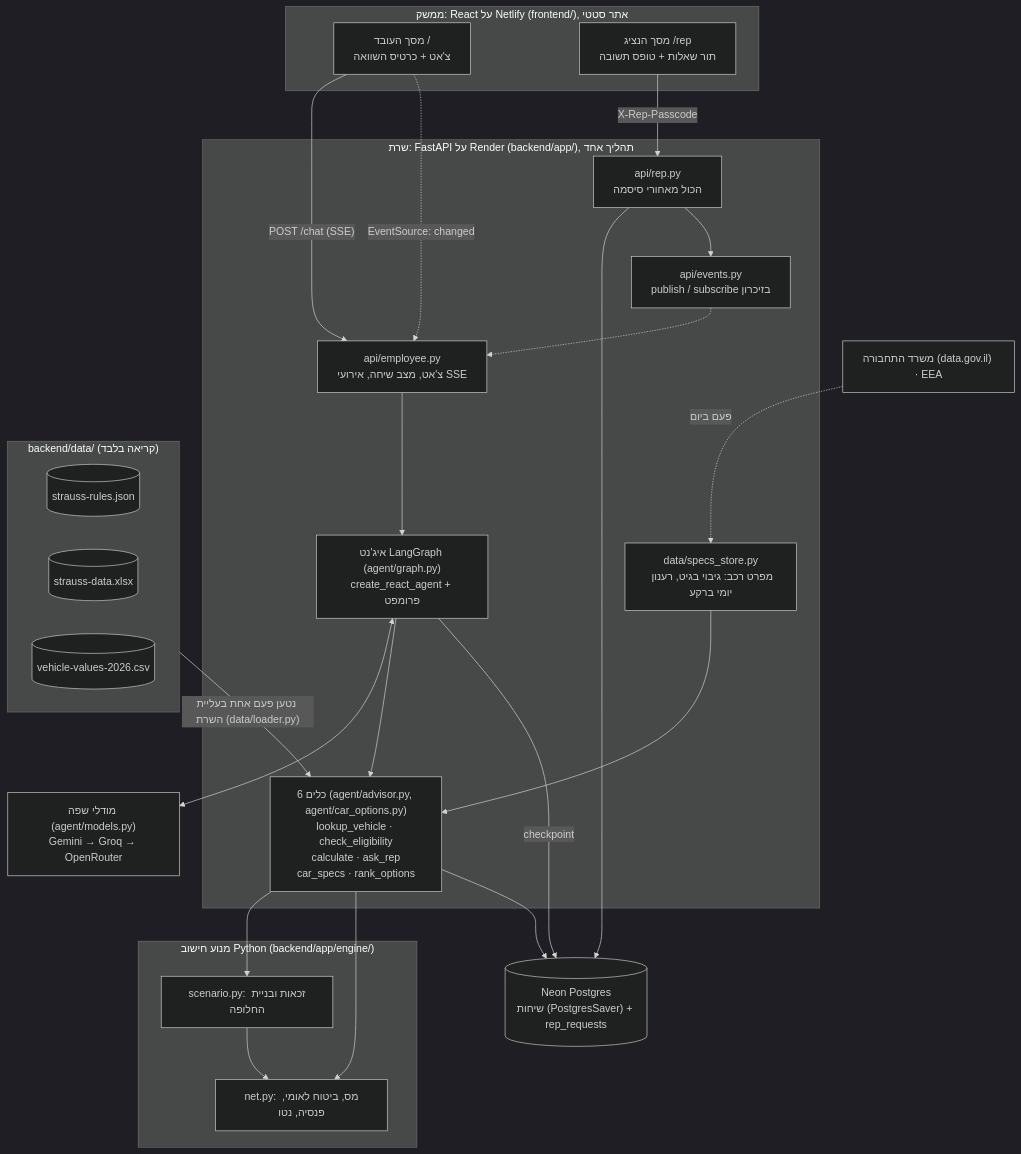
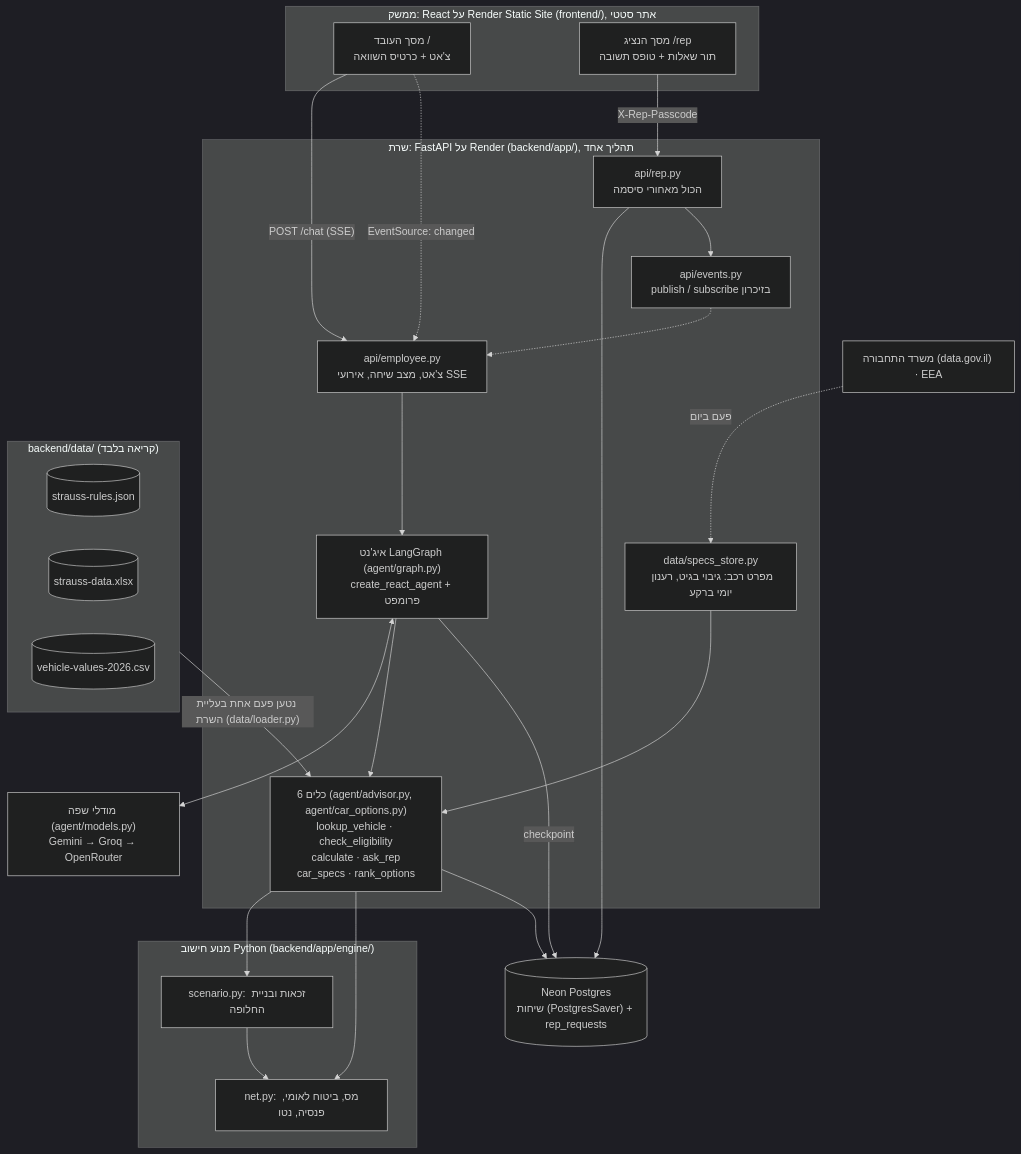
The first of 3 diagrams in docs/architecture.md (tf616248-create/strauss-car-advisor), drawn with Mermaid (dark theme) before and after one commit. The commit also changed other lines of this file and 8 other files, not shown here.

First line of the commit message:
Docs: the frontend is a Render Static Site, not Netlify

````diff
--- a/docs/architecture.md
+++ b/docs/architecture.md
@@ -10,49 +10,49 @@
 ```mermaid
 flowchart TB
-    subgraph FE["ממשק: React על Netlify (frontend/), אתר סטטי"]
+    subgraph FE["ממשק: React על Render Static Site (frontend/), אתר סטטי"]
         EMP["מסך העובד /<br/>צ'אט + כרטיס השוואה"]
         REP["מסך הנציג /rep<br/>תור שאלות + טופס תשובה"]
     end
 
     subgraph BE["שרת: FastAPI על Render (backend/app/), תהליך אחד"]
         API_E["api/employee.py<br/>צ'אט, מצב שיחה, אירועי SSE"]
         API_R["api/rep.py<br/>הכול מאחורי סיסמה"]
         AGENT["איג'נט LangGraph (agent/graph.py)<br/>create_react_agent + פרומפט"]
         TOOLS["6 כלים (agent/advisor.py, agent/car_options.py)<br/>lookup_vehicle · check_eligibility<br/>calculate · ask_rep<br/>car_specs · rank_options"]
         SPECS["data/specs_store.py<br/>מפרט רכב: גיבוי בגיט, רענון יומי ברקע"]
         EVENTS["api/events.py<br/>publish / subscribe בזיכרון"]
     end
 
     LLM["מודלי שפה (agent/models.py)<br/>Gemini → Groq → OpenRouter"]
 
     subgraph ENG["מנוע חישוב Python (backend/app/engine/)"]
         NET["net.py: מס, ביטוח לאומי, פנסיה, נטו"]
         SCEN["scenario.py: זכאות ובניית החלופה"]
     end
 
     subgraph DATA["backend/data/ (קריאה בלבד)"]
         RULES[("strauss-rules.json")]
         XLSX[("strauss-data.xlsx")]
         CSV[("vehicle-values-2026.csv")]
     end
 
     DB[("Neon Postgres<br/>שיחות (PostgresSaver) + rep_requests")]
 
     EMP -- "POST /chat (SSE)" --> API_E
     EMP -. "EventSource: changed" .-> API_E
     REP -- "X-Rep-Passcode" --> API_R
     API_E --> AGENT
     AGENT <--> LLM
     AGENT --> TOOLS
     TOOLS --> SCEN
     TOOLS --> NET
     SCEN --> NET
     TOOLS --> DB
     API_R --> DB
     API_R --> EVENTS
     EVENTS -.-> API_E
     AGENT -- "checkpoint" --> DB
     DATA -- "נטען פעם אחת בעליית השרת (data/loader.py)" --> TOOLS
     SPECS --> TOOLS
     GOV["משרד התחבורה (data.gov.il) · EEA"] -. "פעם ביום" .-> SPECS
 ```
````
